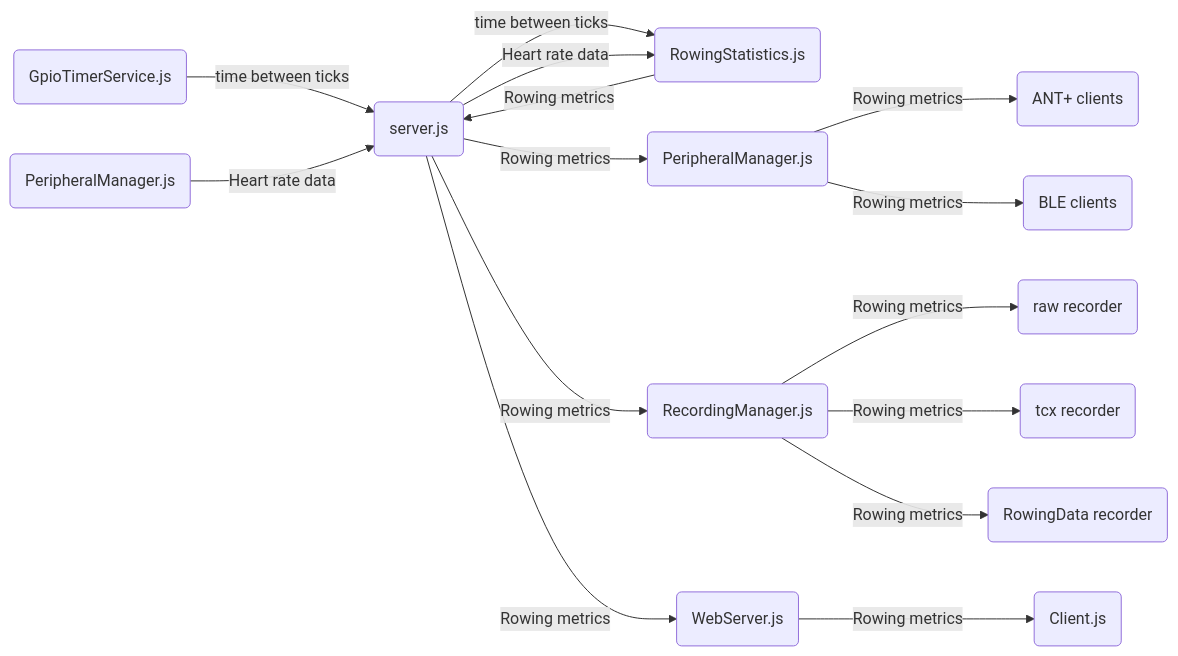
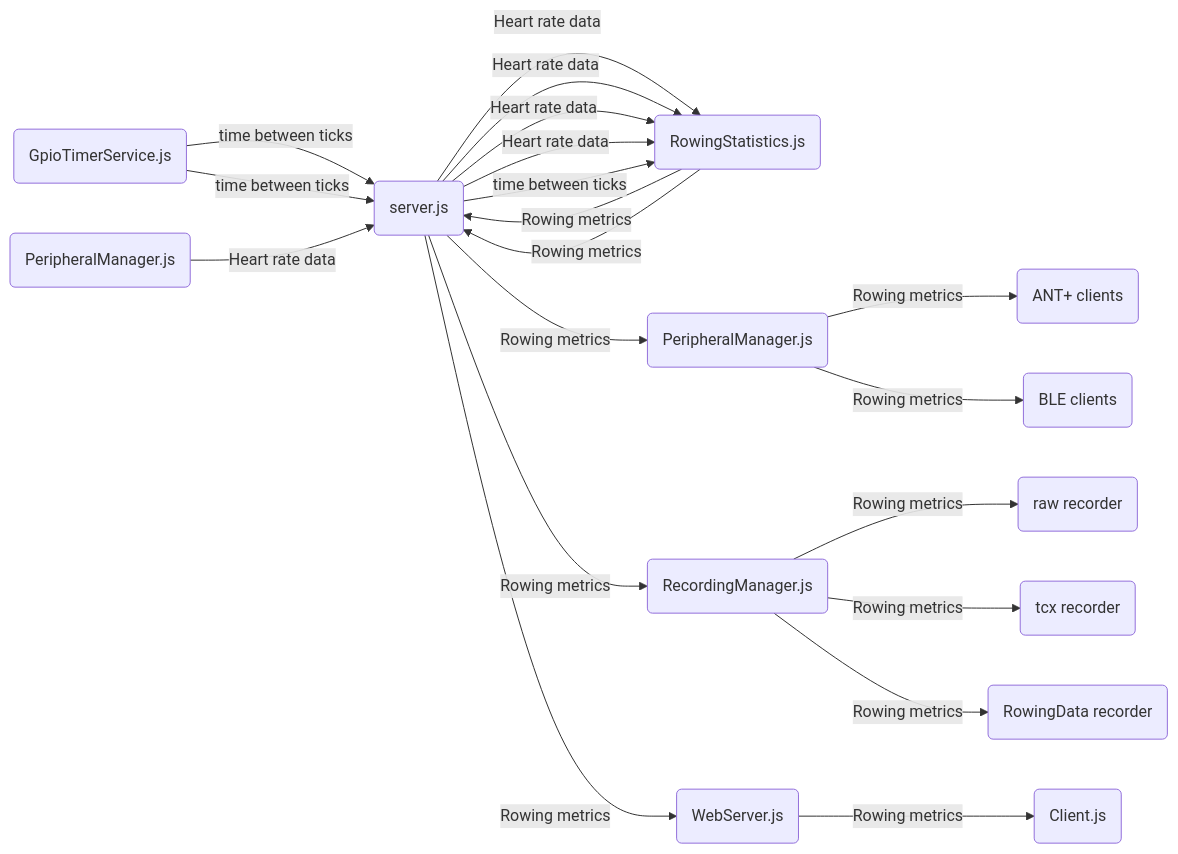
The first of 5 diagrams in docs/Architecture.md (laberning/openrowingmonitor), drawn with Mermaid before and after one commit.

````diff
--- a/docs/Architecture.md
+++ b/docs/Architecture.md
@@ -20,17 +20,15 @@
 ```mermaid
 flowchart LR
-A(GpioTimerService.js) -->|time between ticks| B(server.js)
+A(GpioTimerService.js) -->|time between ticks| B(server.js) & B(server.js) -->|Heart rate data| D(RowingStatistics.js) & D(RowingStatistics.js) -->|Rowing metrics| B(server.js)
 C(PeripheralManager.js) -->|Heart rate data| B(server.js)
 B(server.js) -->|time between ticks| D(RowingStatistics.js)
-B(server.js) -->|Heart rate data| D(RowingStatistics.js)
-D(RowingStatistics.js) -->|Rowing metrics| B(server.js)
 B(server.js) -->|Rowing metrics| E(PeripheralManager.js)
 E(PeripheralManager.js) -->|Rowing metrics| F(ANT+ clients)
 E(PeripheralManager.js) -->|Rowing metrics| G(BLE clients)
 B(server.js) -->|Rowing metrics| H(RecordingManager.js)
 H(RecordingManager.js) -->|Rowing metrics| I(raw recorder)
 H(RecordingManager.js) -->|Rowing metrics| J(tcx recorder)
 H(RecordingManager.js) -->|Rowing metrics| K(RowingData recorder)
 B(server.js) -->|Rowing metrics| L(WebServer.js)
 L(WebServer.js) -->|Rowing metrics| M(Client.js)
 ```
````
